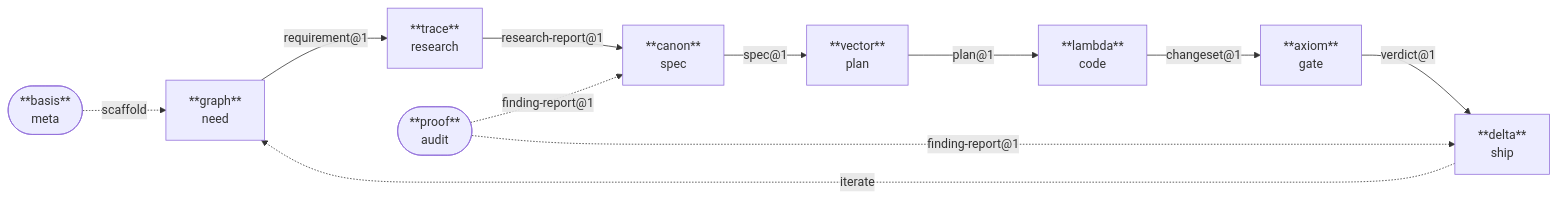
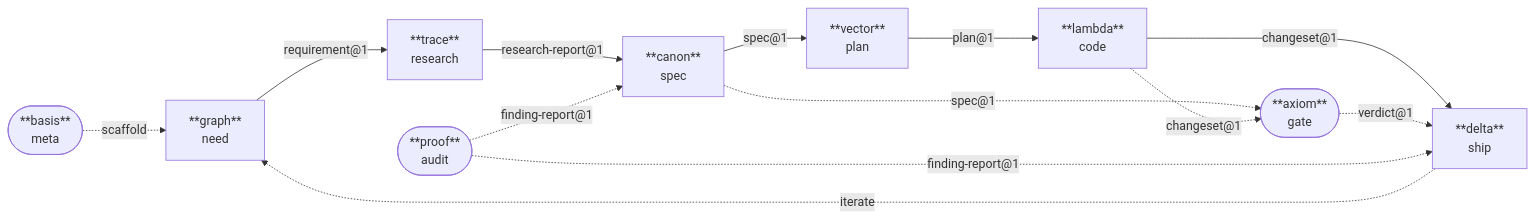
One commit to orin-dx/agent-plugins changed the second of 4 diagrams in ARCHITECTURE.md. Above: the diagram before and after it, drawn with Mermaid. The commit also changed other lines of this file and 33 other files, not shown here.

First line of the commit message:
feat(canon,vector,lambda,delta): spec correction loop, criteria traceability, and axiom doc fix

````diff
--- a/ARCHITECTURE.md
+++ b/ARCHITECTURE.md
@@ -52,14 +52,18 @@
 ```mermaid
 flowchart LR
     gr["**graph**\nneed"] -->|"requirement@1"| tr["**trace**\nresearch"]
     tr -->|"research-report@1"| ca["**canon**\nspec"]
     ca -->|"spec@1"| ve["**vector**\nplan"]
     ve -->|"plan@1"| la["**lambda**\ncode"]
-    la -->|"changeset@1"| ax["**axiom**\ngate"]
-    ax -->|"verdict@1"| de["**delta**\nship"]
+    la -->|"changeset@1"| de["**delta**\nship"]
     de -. iterate .-> gr
+
+    ax(["**axiom**\ngate"])
+    ca -.->|"spec@1"| ax
+    la -.->|"changeset@1"| ax
+    ax -.->|"verdict@1"| de
 
     pr(["**proof**\naudit"]) -.->|"finding-report@1"| de
     pr -.->|"finding-report@1"| ca
     ba(["**basis**\nmeta"]) -. scaffold .-> gr
 ```
````
